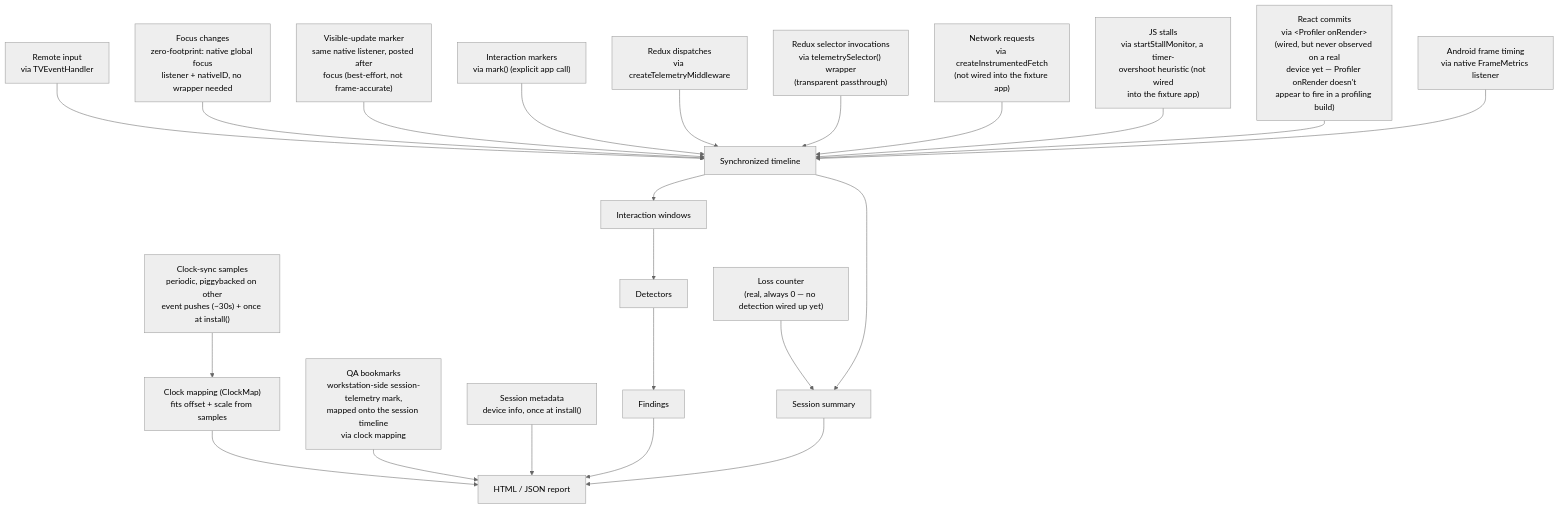
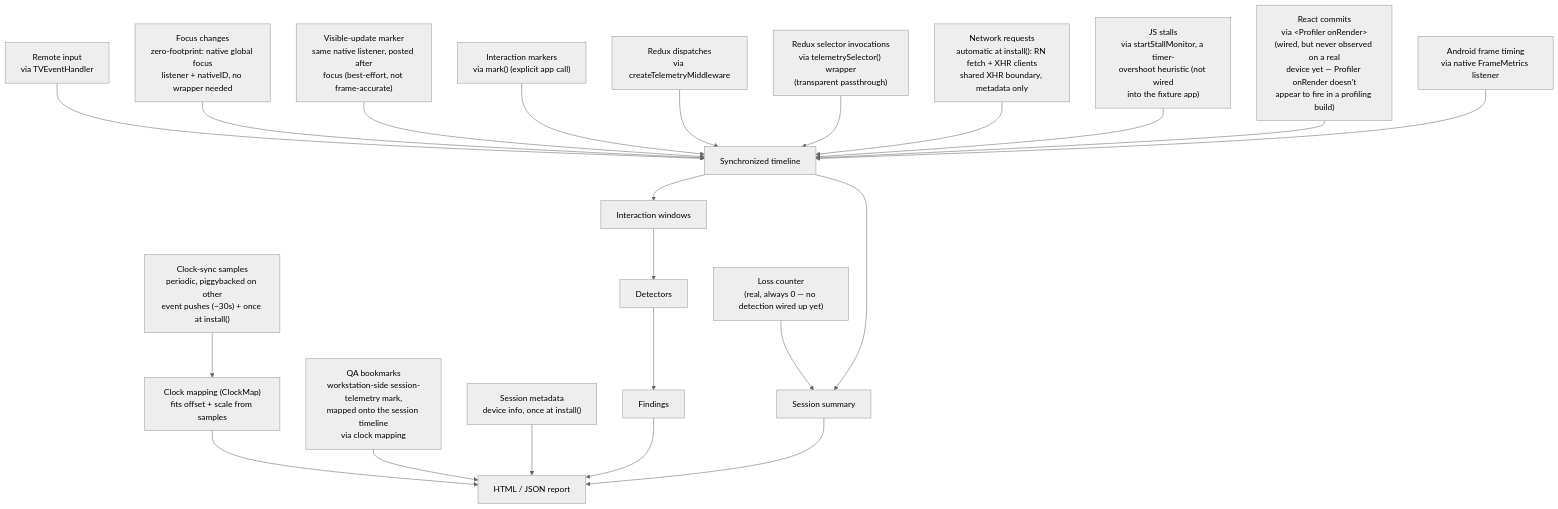
One commit to undrafted/rn-android-tv-session-telemetry changed the diagram in diagrams/signals.mmd. Above: the diagram before and after it, drawn with Mermaid. The commit also changed 16 other files, not shown here.

Commit message:
Add automatic network capture at telemetry startup

```diff
--- a/diagrams/signals.mmd
+++ b/diagrams/signals.mmd
@@ -1,27 +1,27 @@
 %%{init: {"theme": "neutral"}}%%
 %% Full per-signal detail (capture mechanism, which detector consumes it, exact thresholds):
 %% see ../docs/measurement-semantics.md
 flowchart TD
     RemoteInput["Remote input<br/>via TVEventHandler"] --> Timeline["Synchronized timeline"]
     Focus["Focus changes<br/>zero-footprint: native global focus<br/>listener + nativeID, no wrapper needed"] --> Timeline
     VisibleUpdate["Visible-update marker<br/>same native listener, posted after<br/>focus (best-effort, not frame-accurate)"] --> Timeline
     InteractionMarker["Interaction markers<br/>via mark() (explicit app call)"] --> Timeline
     Redux["Redux dispatches<br/>via createTelemetryMiddleware"] --> Timeline
     Selector["Redux selector invocations<br/>via telemetrySelector() wrapper<br/>(transparent passthrough)"] --> Timeline
-    Network["Network requests<br/>via createInstrumentedFetch<br/>(not wired into the fixture app)"] --> Timeline
+    Network["Network requests<br/>automatic at install(): RN fetch + XHR clients<br/>shared XHR boundary, metadata only"] --> Timeline
     JSStall["JS stalls<br/>via startStallMonitor, a timer-<br/>overshoot heuristic (not wired<br/>into the fixture app)"] --> Timeline
     ReactCommit["React commits<br/>via &lt;Profiler onRender&gt;<br/>(wired, but never observed on a real<br/>device yet — Profiler onRender doesn't<br/>appear to fire in a profiling build)"] --> Timeline
     FrameTiming["Android frame timing<br/>via native FrameMetrics listener"] --> Timeline
 
     ClockSync["Clock-sync samples<br/>periodic, piggybacked on other<br/>event pushes (~30s) + once at install()"] --> ClockMapping["Clock mapping (ClockMap)<br/>fits offset + scale from samples"]
     ClockMapping --> ReportOut
     Bookmarks["QA bookmarks<br/>workstation-side session-telemetry mark,<br/>mapped onto the session timeline<br/>via clock mapping"] --> ReportOut
     SessionMeta["Session metadata<br/>device info, once at install()"] --> ReportOut
     LossCount["Loss counter<br/>(real, always 0 — no detection wired up yet)"] --> Summary
 
     Timeline --> Windows["Interaction windows"]
     Timeline --> Summary["Session summary"]
     Windows --> Detectors["Detectors"]
     Detectors --> Findings["Findings"]
     Findings --> ReportOut["HTML / JSON report"]
     Summary --> ReportOut
```
